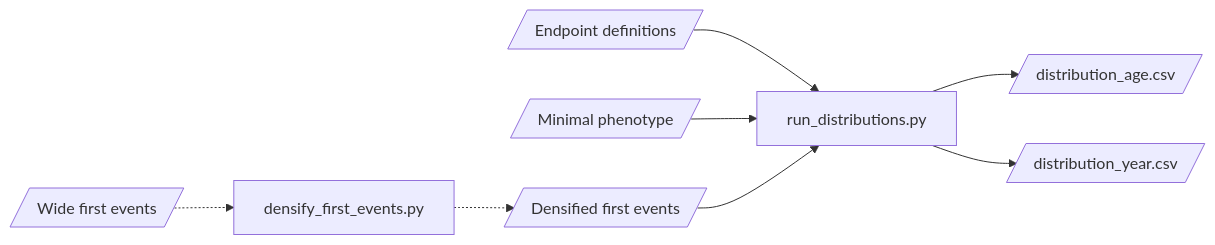
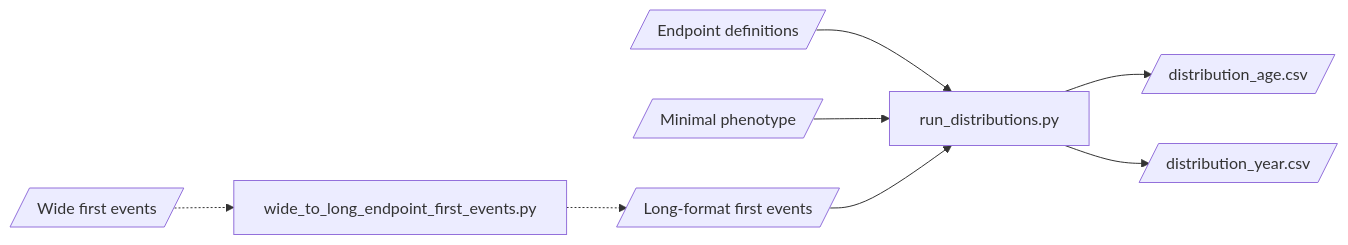
Before and after one commit to dsgelab/risteys: the second of 6 diagrams in pipeline/README.md, drawn with Mermaid. The commit also changed other lines of this file and 6 other files, not shown here.

Commit message:
pipe: rename densify script to wide_to_long_...

````diff
--- a/pipeline/README.md
+++ b/pipeline/README.md
@@ -107,10 +107,10 @@
 ```mermaid
   graph LR;
-    id0[/Wide first events/] -.-> densify_first_events.py
-    densify_first_events.py -.-> id3
+    id0[/Wide first events/] -.-> wide_to_long_endpoint_first_events.py
+    wide_to_long_endpoint_first_events.py -.-> id3
     id1[/Endpoint definitions/] --> run_distributions.py
     id2[/Minimal phenotype/] --> run_distributions.py
-    id3[/Densified first events/] --> run_distributions.py
+    id3[/Long-format first events/] --> run_distributions.py
     run_distributions.py --> id4[/distribution_age.csv/]
     run_distributions.py --> id5[/distribution_year.csv/]
 ```
````
